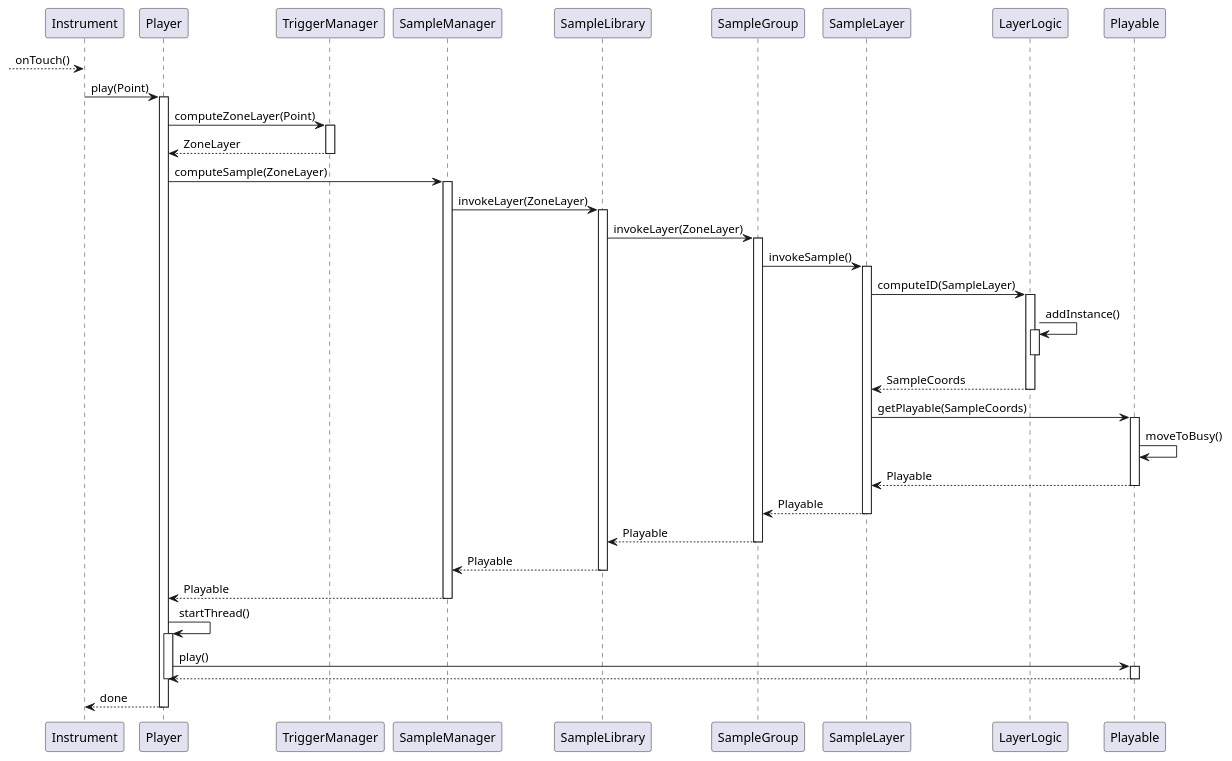
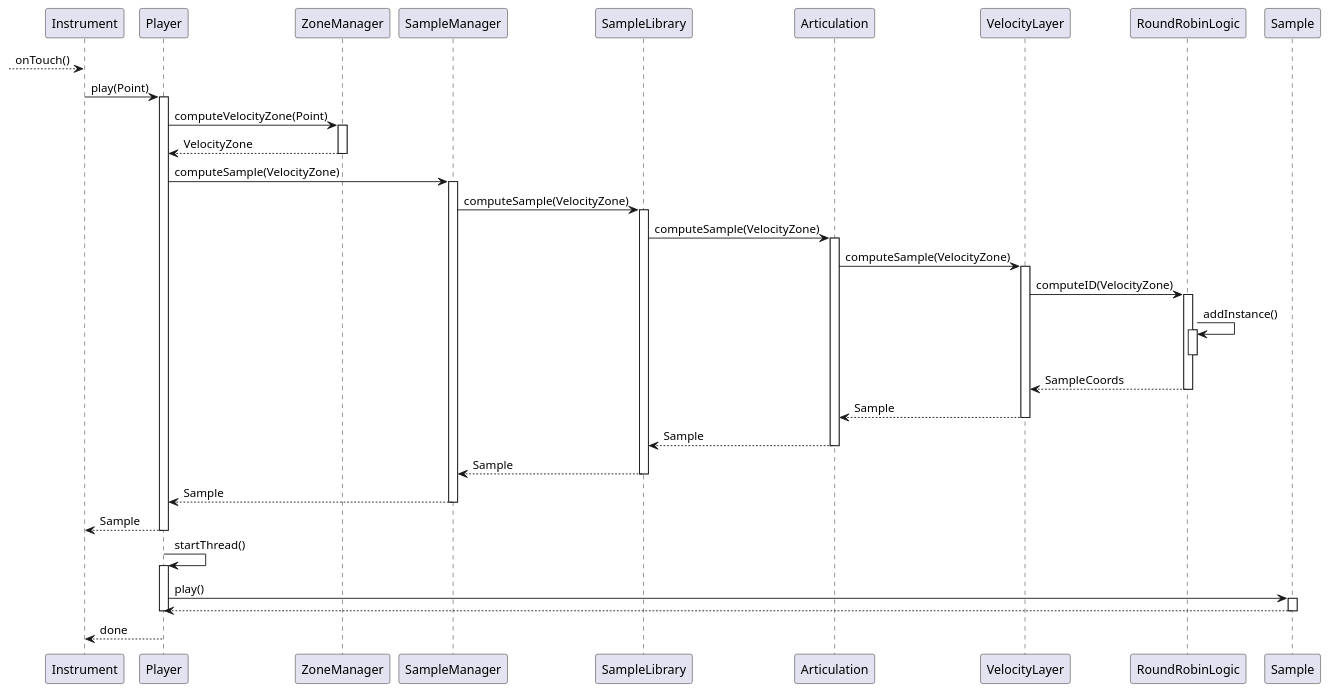
The diagram in app/Documentation/playSampleSequence.puml (tunepruner/FingerPerc), drawn with PlantUML before and after one commit. The commit also changed 88 other files, not shown here.

```diff
--- a/app/Documentation/playSampleSequence.puml
+++ b/app/Documentation/playSampleSequence.puml
@@ -1,34 +1,32 @@
 @startuml
 -->Instrument: onTouch()
 
 
 Instrument->Player++: play(Point)
-Player->TriggerManager++: computeZoneLayer(Point)
-return ZoneLayer
+Player->ZoneManager++: computeVelocityZone(Point)
+return VelocityZone
 
 
-Player->SampleManager++: computeSample(ZoneLayer)
-SampleManager->SampleLibrary++: invokeLayer(ZoneLayer)
-SampleLibrary->SampleGroup++: invokeLayer(ZoneLayer)
-SampleGroup->SampleLayer++: invokeSample()
-SampleLayer->LayerLogic++:computeID(SampleLayer)
-LayerLogic->LayerLogic++:addInstance()
+Player->SampleManager++: computeSample(VelocityZone)
+SampleManager->SampleLibrary++: computeSample(VelocityZone)
+SampleLibrary->Articulation++: computeSample(VelocityZone)
+Articulation->VelocityLayer++: computeSample(VelocityZone)
+VelocityLayer->RoundRobinLogic++:computeID(VelocityZone)
+RoundRobinLogic->RoundRobinLogic++:addInstance()
 deactivate
 return SampleCoords
-SampleLayer->Playable++:getPlayable(SampleCoords)
-Playable->Playable:moveToBusy()
 
 
-return Playable
-return Playable
-return Playable
-return Playable
-return Playable
+return Sample
+return Sample
+return Sample
+return Sample
+return Sample
 
 Player->Player++:startThread()
 
-Player->Playable++: play()
+Player->Sample++: play()
 return
 deactivate
-return done
+Player --> Instrument: done
 @enduml
```
